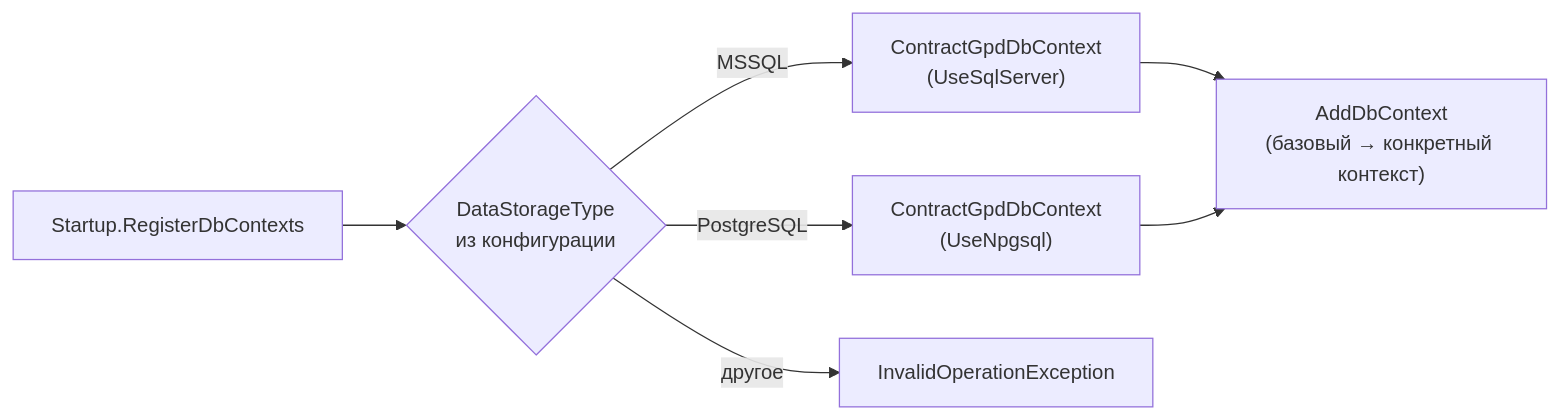
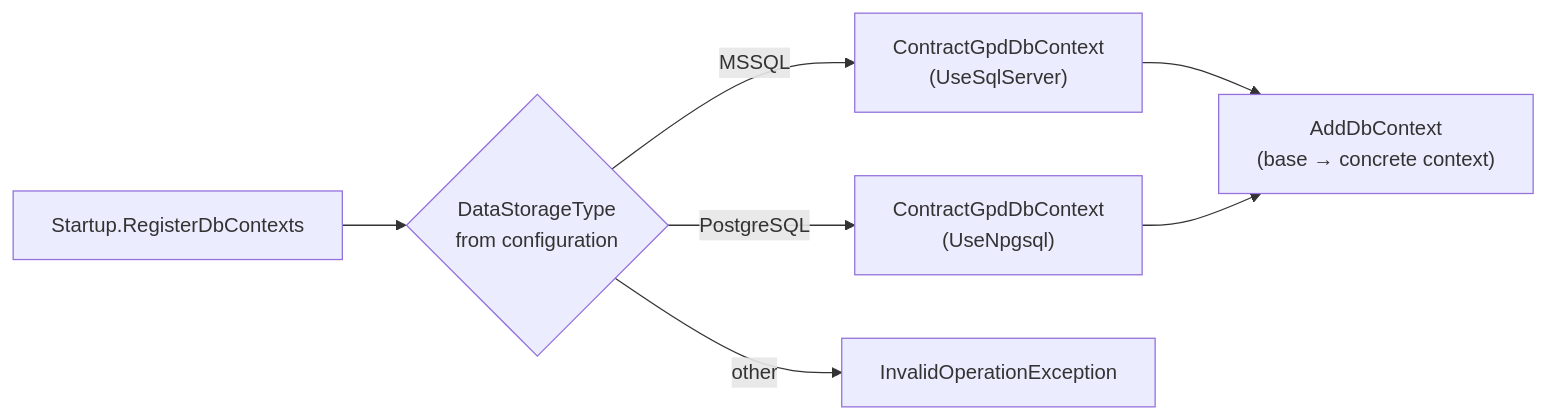
One commit to AntonSukhov/RmWebApi changed the sixth of 6 diagrams in README.md. Above: the diagram before and after it, drawn with Mermaid. The commit also changed other lines of this file, not shown here.

````diff
--- a/README.md
+++ b/README.md
@@ -322,9 +320,9 @@
 ```mermaid
 flowchart LR
-    Start["Startup.RegisterDbContexts"] --> Read{"DataStorageType<br/>из конфигурации"}
+    Start["Startup.RegisterDbContexts"] --> Read{"DataStorageType<br/>from configuration"}
     Read -->|MSSQL| MsSql["ContractGpdDbContext<br/>(UseSqlServer)"]
     Read -->|PostgreSQL| Pg["ContractGpdDbContext<br/>(UseNpgsql)"]
-    Read -->|другое| Err["InvalidOperationException"]
-    MsSql --> DI["AddDbContext<br/>(базовый → конкретный контекст)"]
+    Read -->|other| Err["InvalidOperationException"]
+    MsSql --> DI["AddDbContext<br/>(base → concrete context)"]
     Pg --> DI
 ```
````
